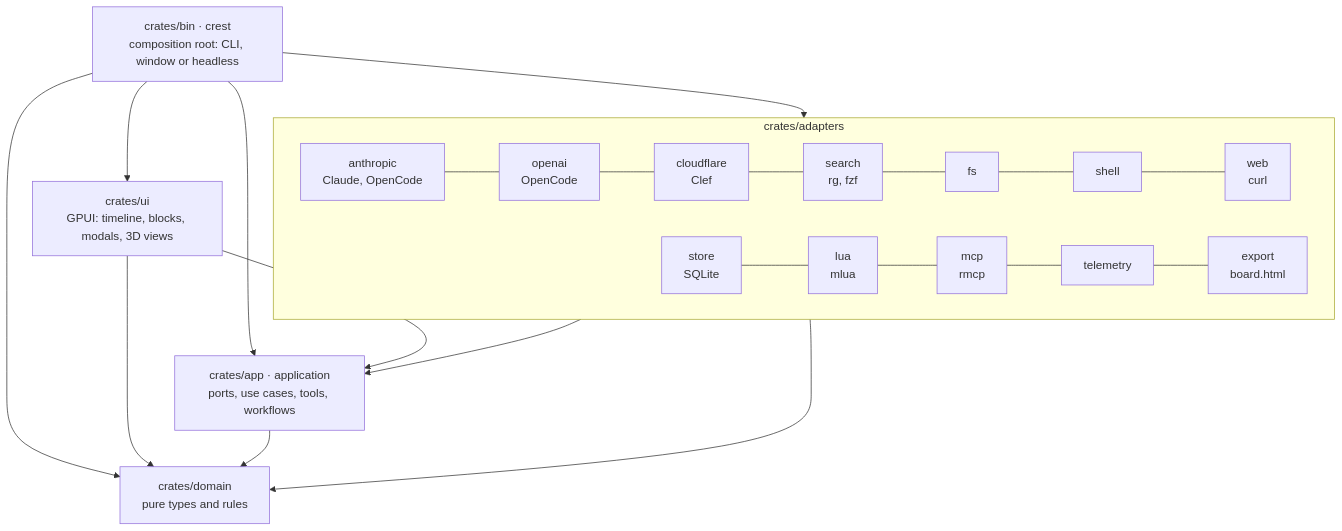
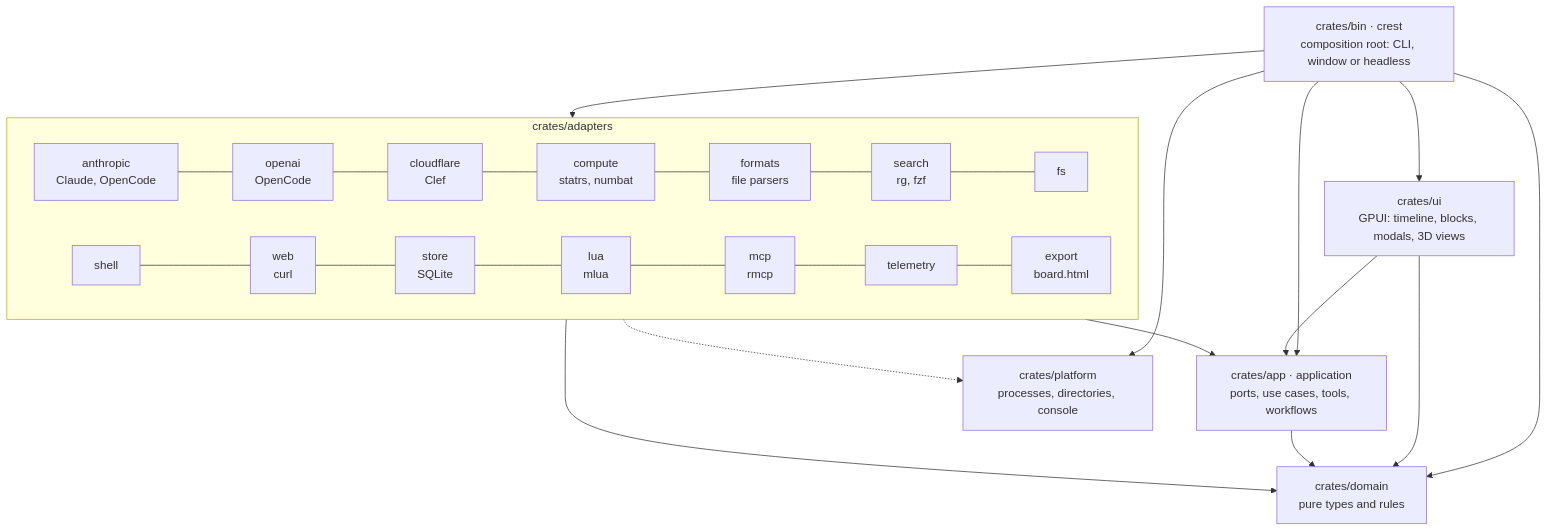
The diagram in README.md (lazaroMB/crest), drawn with Mermaid before and after one commit. The commit also changed other lines of this file and 5 other files, not shown here.

````diff
--- a/README.md
+++ b/README.md
@@ -326,16 +391,18 @@
 ```mermaid
 flowchart TB
     bin["crates/bin · crest<br/>composition root: CLI, window or headless"]
     ui["crates/ui<br/>GPUI: timeline, blocks, modals, 3D views"]
     subgraph adapters["crates/adapters"]
         direction LR
-        anthropic["anthropic<br/>Claude, OpenCode"] --- openai["openai<br/>OpenCode"] --- cloudflare["cloudflare<br/>Clef"] --- search["search<br/>rg, fzf"] --- fs["fs"] --- shell["shell"] --- web["web<br/>curl"]
-        store["store<br/>SQLite"] --- lua["lua<br/>mlua"] --- mcp["mcp<br/>rmcp"] --- telemetry["telemetry"] --- export["export<br/>board.html"]
+        anthropic["anthropic<br/>Claude, OpenCode"] --- openai["openai<br/>OpenCode"] --- cloudflare["cloudflare<br/>Clef"] --- compute["compute<br/>statrs, numbat"] --- formats["formats<br/>file parsers"] --- search["search<br/>rg, fzf"] --- fs["fs"]
+        shell["shell"] --- web["web<br/>curl"] --- store["store<br/>SQLite"] --- lua["lua<br/>mlua"] --- mcp["mcp<br/>rmcp"] --- telemetry["telemetry"] --- export["export<br/>board.html"]
     end
     app["crates/app · application<br/>ports, use cases, tools, workflows"]
     domain["crates/domain<br/>pure types and rules"]
-    bin --> ui & adapters & app & domain
+    platform["crates/platform<br/>processes, directories, console"]
+    bin --> ui & adapters & app & domain & platform
     ui --> app & domain
     adapters --> app & domain
+    adapters -.-> platform
     app --> domain
 ```
````
